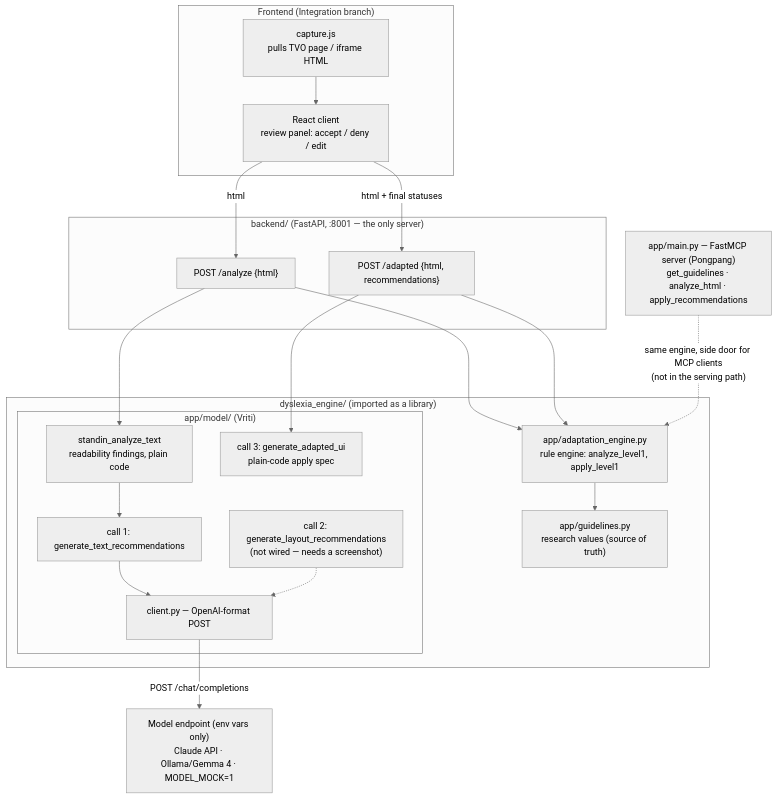
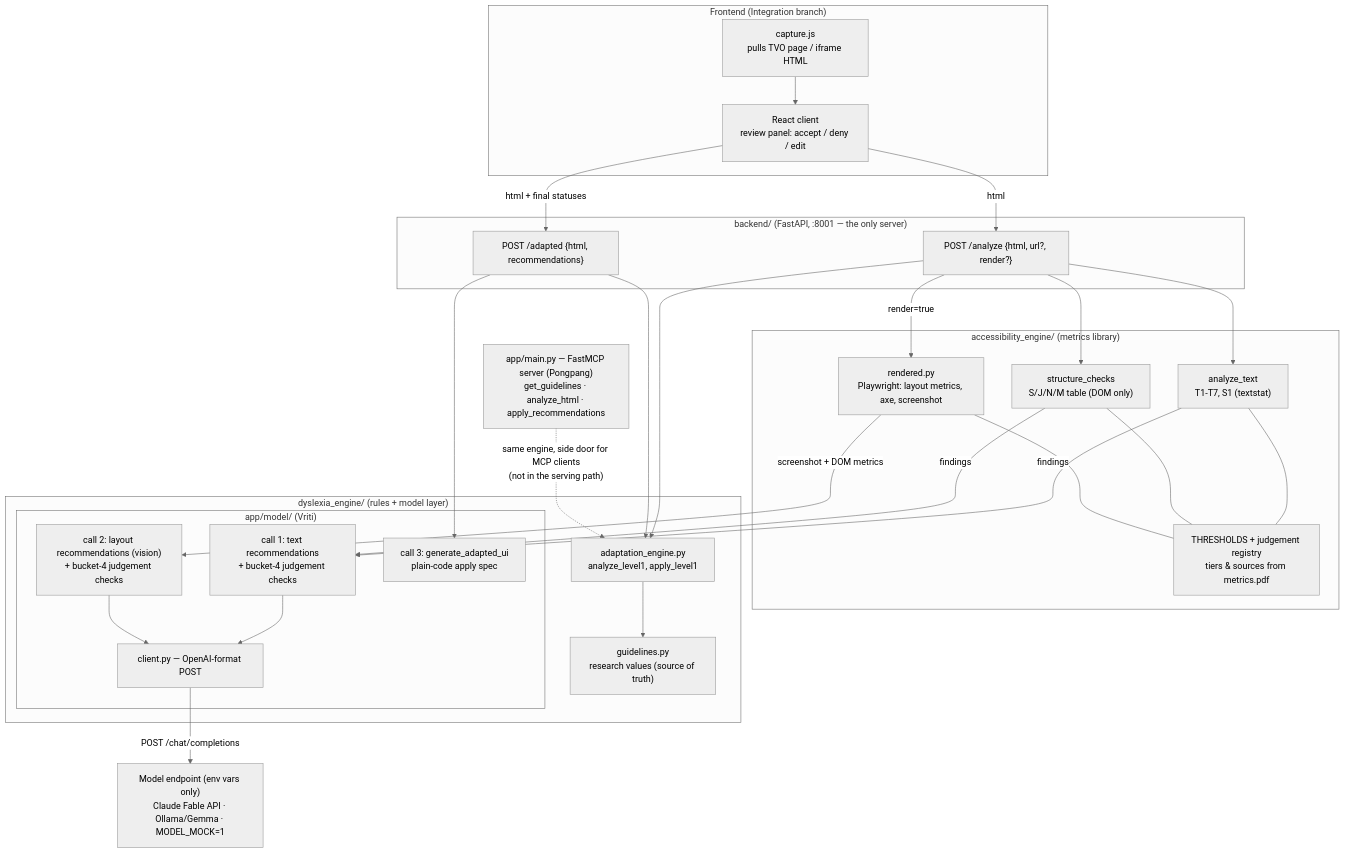
One commit to leajosephine12/TVO_Chameleon changed the diagram in docs/architecture.md. Above: the diagram before and after it, drawn with Mermaid (neutral theme). The commit also changed other lines of this file, not shown here.

Commit message:
updated architecture

````diff
--- a/docs/architecture.md
+++ b/docs/architecture.md
@@ -7,41 +8,55 @@
 ```mermaid
 flowchart TD
     subgraph FE["Frontend (Integration branch)"]
         CAP["capture.js<br/>pulls TVO page / iframe HTML"]
         UI["React client<br/>review panel: accept / deny / edit"]
     end
 
     subgraph BE["backend/ (FastAPI, :8001 — the only server)"]
-        AN["POST /analyze {html}"]
+        AN["POST /analyze {html, url?, render?}"]
         AD["POST /adapted {html, recommendations}"]
     end
 
-    subgraph LIB["dyslexia_engine/ (imported as a library)"]
-        ENG["app/adaptation_engine.py<br/>rule engine: analyze_level1, apply_level1"]
-        GL["app/guidelines.py<br/>research values (source of truth)"]
+    subgraph ACC["accessibility_engine/ (metrics library)"]
+        TM["analyze_text<br/>T1-T7, S1 (textstat)"]
+        SC["structure_checks<br/>S/J/N/M table (DOM only)"]
+        RD["rendered.py<br/>Playwright: layout metrics, axe, screenshot"]
+        TH["THRESHOLDS + judgement registry<br/>tiers & sources from metrics.pdf"]
+    end
+
+    subgraph LIB["dyslexia_engine/ (rules + model layer)"]
+        ENG["adaptation_engine.py<br/>analyze_level1, apply_level1"]
+        GL["guidelines.py<br/>research values (source of truth)"]
         subgraph ML["app/model/ (Vriti)"]
-            SA["standin_analyze_text<br/>readability findings, plain code"]
-            C1["call 1: generate_text_recommendations"]
-            C2["call 2: generate_layout_recommendations<br/>(not wired — needs a screenshot)"]
+            C1["call 1: text recommendations<br/>+ bucket-4 judgement checks"]
+            C2["call 2: layout recommendations (vision)<br/>+ bucket-4 judgement checks"]
             C3["call 3: generate_adapted_ui<br/>plain-code apply spec"]
             CL["client.py — OpenAI-format POST"]
         end
     end
 
-    MODEL["Model endpoint (env vars only)<br/>Claude API · Ollama/Gemma 4 · MODEL_MOCK=1"]
+    MODEL["Model endpoint (env vars only)<br/>Claude Fable API · Ollama/Gemma · MODEL_MOCK=1"]
 
     CAP --> UI
     UI -->|html| AN
     UI -->|html + final statuses| AD
     AN --> ENG
-    AN --> SA --> C1
+    AN --> TM
+    AN --> SC
+    AN -->|"render=true"| RD
+    TM -->|findings| C1
+    SC -->|findings| C1
+    RD -->|"screenshot + DOM metrics"| C2
     AD --> ENG
     AD --> C3
     ENG --> GL
+    TM --- TH
+    SC --- TH
+    RD --- TH
     C1 --> CL
-    C2 -.-> CL
+    C2 --> CL
     CL -->|"POST /chat/completions"| MODEL
 
     MCP["app/main.py — FastMCP server (Pongpang)<br/>get_guidelines · analyze_html · apply_recommendations"]
     MCP -. "same engine, side door for MCP clients<br/>(not in the serving path)" .-> ENG
 ```
````
